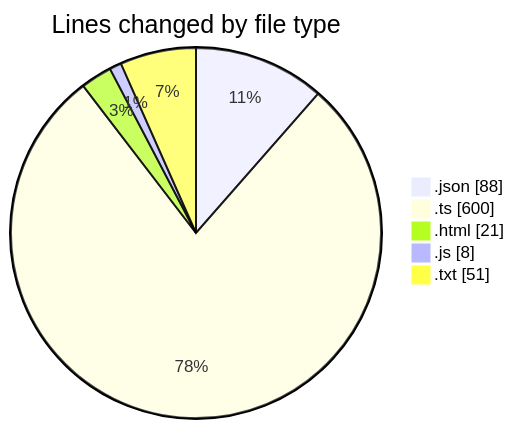
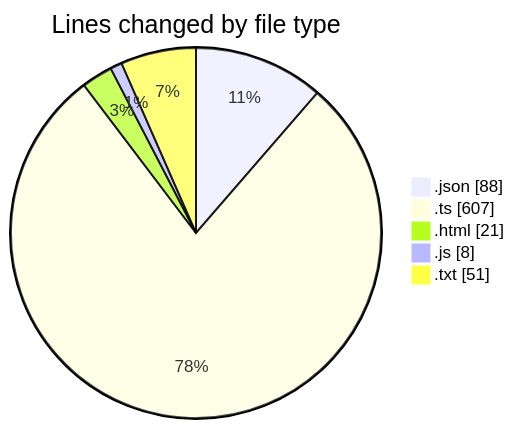
Before and after one commit to tmsrecording-cyber/code-tracking: the first of 2 diagrams in 2026-02-02/singularitybrainai/README.md, drawn with Mermaid. The commit also changed other lines of this file and 1 other file, not shown here.

````diff
--- a/2026-02-02/singularitybrainai/README.md
+++ b/2026-02-02/singularitybrainai/README.md
@@ -28,9 +28,9 @@
 ```mermaid
 pie showData
 title Lines changed by file type
 ".json" : 88
-".ts" : 600
+".ts" : 607
 ".html" : 21
 ".js" : 8
 ".txt" : 51
 ```
````
